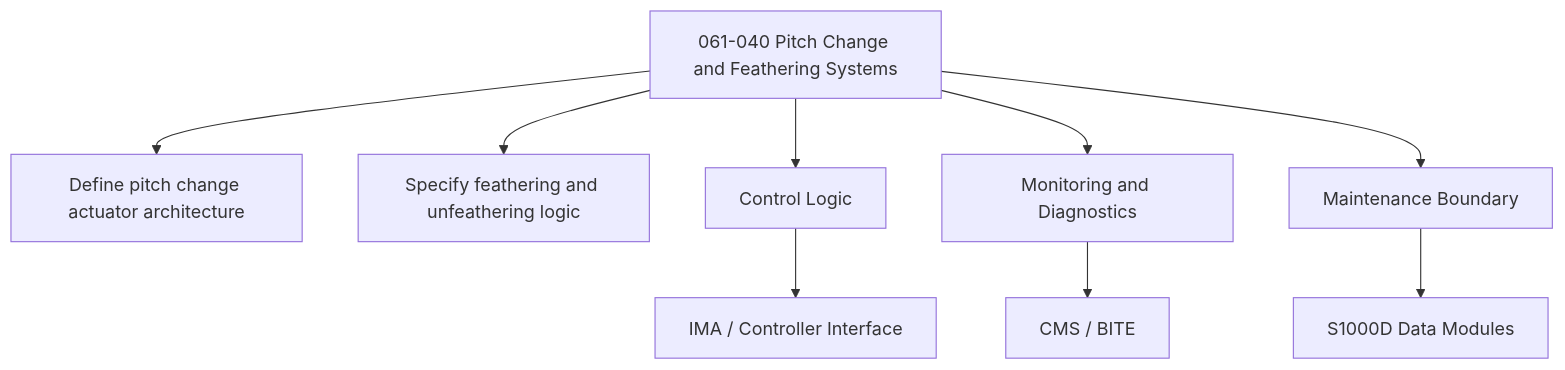
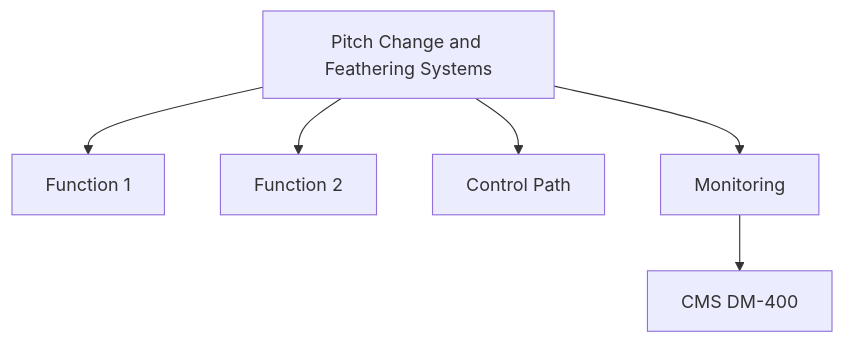
One commit to AmedeoPelliccia/Qplus-For-All-Queer-People-and-Quantum changed the second of 2 diagrams in Q+ATLANTIDE/000-099_ATLAS/060-069_Propulsion-Tradicional/061_Propellers-and-Propulsors/061-040-Pitch-Change-and-Feathering-Systems.md. Above: the diagram before and after it, drawn with Mermaid. The commit also changed other lines of this file and 74 other files, not shown here.

````diff
--- a/Q+ATLANTIDE/000-099_ATLAS/060-069_Propulsion-Tradicional/061_Propellers-and-Propulsors/061-040-Pitch-Change-and-Feathering-Systems.md
+++ b/Q+ATLANTIDE/000-099_ATLAS/060-069_Propulsion-Tradicional/061_Propellers-and-Propulsors/061-040-Pitch-Change-and-Feathering-Systems.md
@@ -172,11 +106,8 @@
 ```mermaid
 flowchart TB
-    SYS[061-040 Pitch Change and Feathering Systems] --> F1[Define pitch change actuator architecture]
-    SYS --> F2[Specify feathering and unfeathering logic]
-    SYS --> CTRL[Control Logic]
-    SYS --> MON[Monitoring and Diagnostics]
-    SYS --> MAINT[Maintenance Boundary]
-    CTRL --> IMA[IMA / Controller Interface]
-    MON --> CMS[CMS / BITE]
-    MAINT --> CSDB[S1000D Data Modules]
+    SYS[Pitch Change and Feathering Systems] --> F1[Function 1]
+    SYS --> F2[Function 2]
+    SYS --> CTRL[Control Path]
+    SYS --> MON[Monitoring]
+    MON --> CMS[CMS DM-400]
 ```
````
